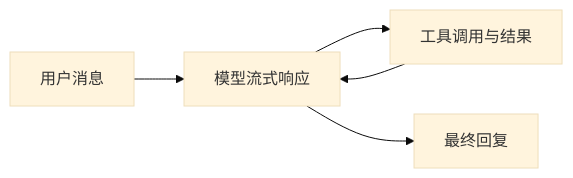
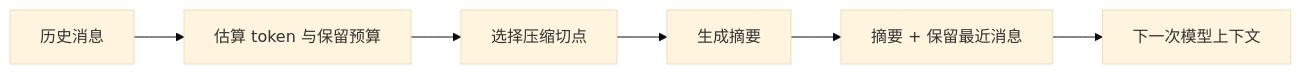
One commit to HMnZn/FoxCode changed the third of 3 diagrams in packages/fox_agent_core/README.md. Above: the diagram before and after it, drawn with Mermaid (base theme). The commit also changed other lines of this file and 70 other files, not shown here.

````diff
--- a/packages/fox_agent_core/README.md
+++ b/packages/fox_agent_core/README.md
@@ -5,7 +223,8 @@
 ```mermaid
 flowchart LR
-    Input[用户消息] --> Model[模型流式响应]
-    Model --> Tools[工具调用与结果]
-    Tools --> Model
-    Model --> Output[最终回复]
+    H[历史消息] --> T[估算 token 与保留预算]
+    T --> C[选择压缩切点]
+    C --> S[生成摘要]
+    S --> R[摘要 + 保留最近消息]
+    R --> N[下一次模型上下文]
 ```
````
